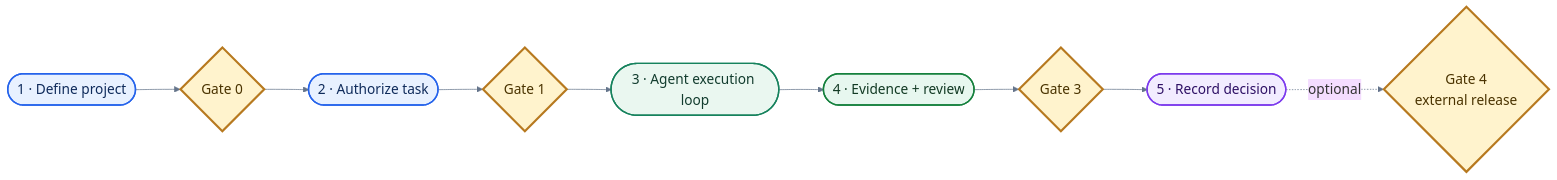
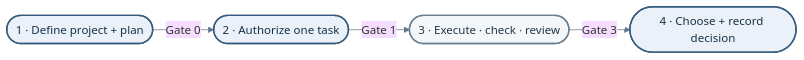
The first of 8 diagrams in workflow/PROCESS_MAP.md (Jhziiiig/research-agent-template), drawn with Mermaid before and after one commit. The commit also changed other lines of this file and 2 other files, not shown here.

````diff
--- a/workflow/PROCESS_MAP.md
+++ b/workflow/PROCESS_MAP.md
@@ -24,17 +24,13 @@
 ```mermaid
-%%{init: {"theme":"base","themeVariables":{"fontFamily":"Arial, sans-serif","fontSize":"19px","lineColor":"#64748B"},"flowchart":{"curve":"basis","nodeSpacing":50,"rankSpacing":62,"htmlLabels":true}}}%%
+%%{init: {"theme":"base","themeVariables":{"fontFamily":"Arial, sans-serif","fontSize":"16px","lineColor":"#64748B"},"flowchart":{"curve":"linear","nodeSpacing":24,"rankSpacing":36,"htmlLabels":true}}}%%
 flowchart LR
-    P0([1 · Define project]):::human --> P1{Gate 0}:::gate
-    P1 --> P2([2 · Authorize task]):::human --> P3{Gate 1}:::gate
-    P3 --> P4([3 · Agent execution loop]):::agent
-    P4 --> P5([4 · Evidence + review]):::evidence
-    P5 --> P6{Gate 3}:::gate
-    P6 --> P7([5 · Record decision]):::file
-    P7 -. optional .-> P8{Gate 4<br/>external release}:::gate
+    P0([1 · Define project + plan]):::human
+    P1([2 · Authorize one task]):::human
+    P2([3 · Execute · check · review]):::agent
+    P3([4 · Choose + record decision]):::human
 
-    classDef human fill:#E8F1FF,stroke:#2563EB,color:#0F2B5B,stroke-width:2px;
-    classDef gate fill:#FFF3CD,stroke:#B7791F,color:#4A3300,stroke-width:3px;
-    classDef agent fill:#EAF7F0,stroke:#16825D,color:#123C2E,stroke-width:2px;
-    classDef evidence fill:#E7F7EF,stroke:#15803D,color:#123A24,stroke-width:2px;
-    classDef file fill:#F2ECFF,stroke:#7C3AED,color:#2E1065,stroke-width:2px;
+    P0 -->|Gate 0| P1 -->|Gate 1| P2 -->|Gate 3| P3
+
+    classDef human fill:#EAF1F8,stroke:#355C7D,color:#183247,stroke-width:2px;
+    classDef agent fill:#F4F7FA,stroke:#6B7F91,color:#243746,stroke-width:2px;
 ```
````
